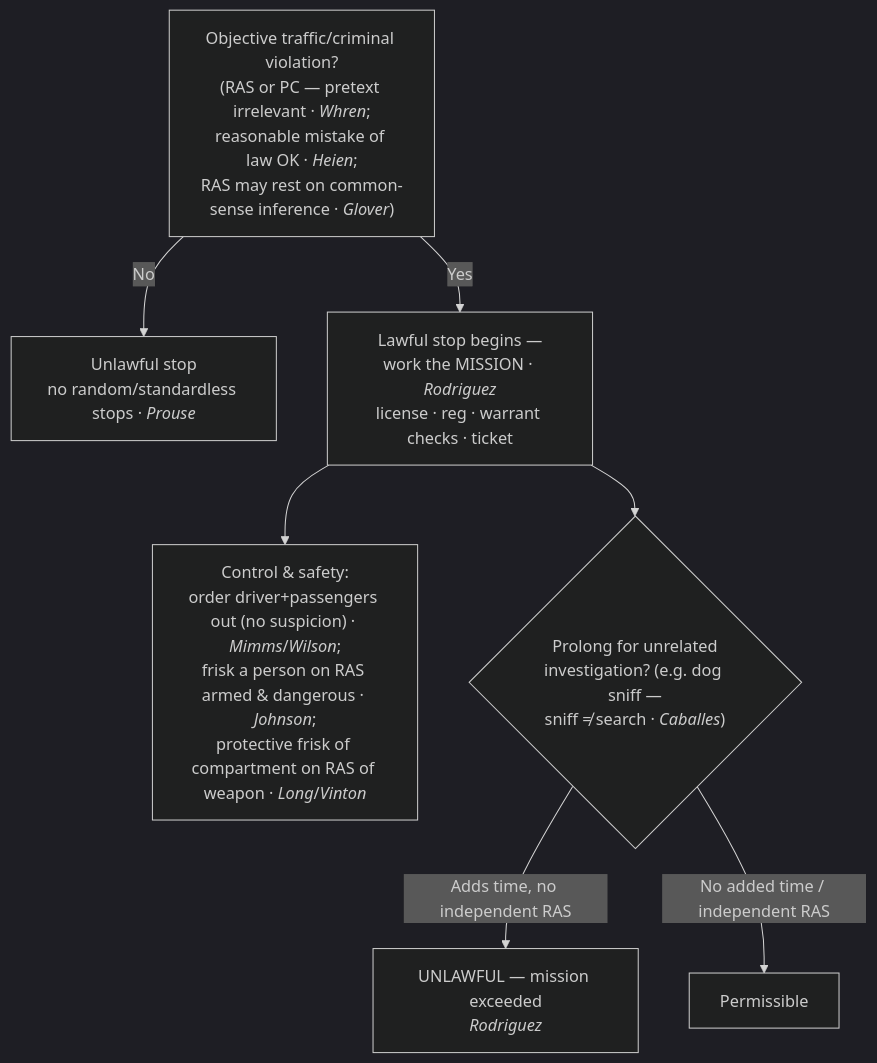
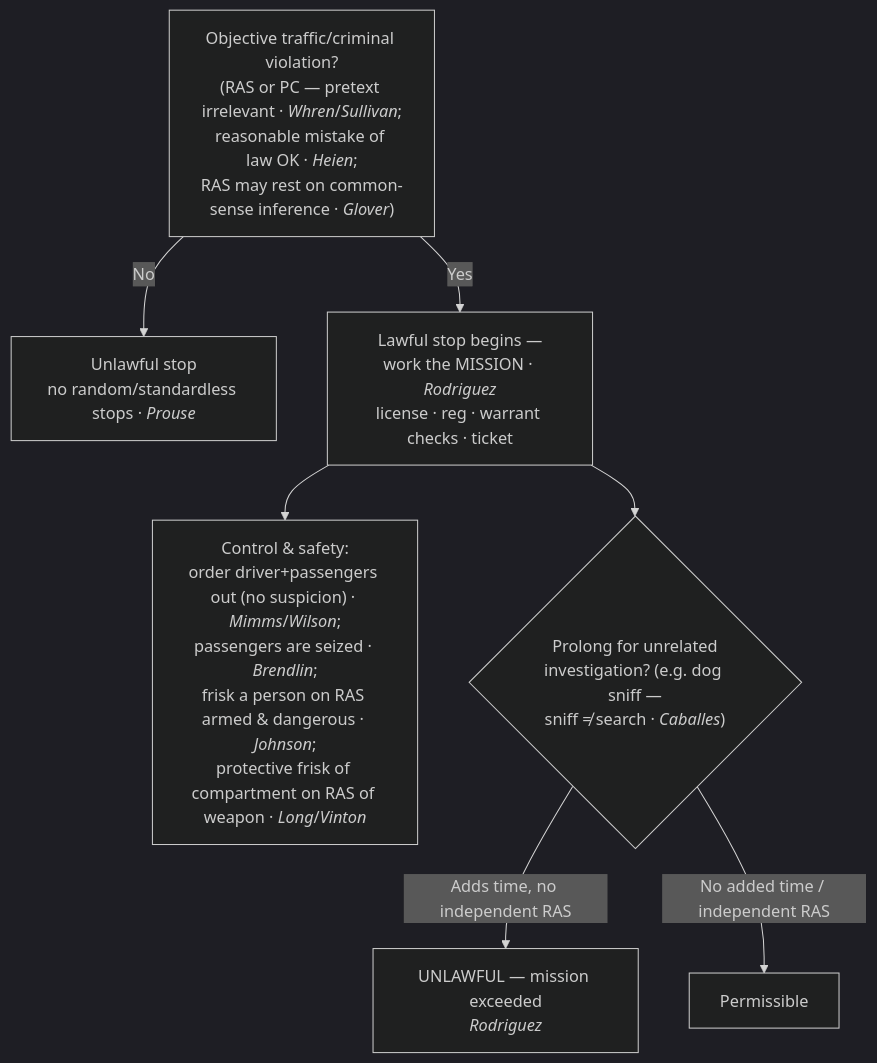
One commit to Enragedsaturday/cssi changed the diagram in content/4-what-is-a-seizure/Traffic Stops.md. Above: the diagram before and after it, drawn with Mermaid (dark theme). The commit also changed other lines of this file and 5 other files, not shown here.

````diff
--- a/content/4-what-is-a-seizure/Traffic Stops.md
+++ b/content/4-what-is-a-seizure/Traffic Stops.md
@@ -107,9 +100,9 @@
 ```mermaid
 flowchart TD
-  A["Objective traffic/criminal violation?<br/>(RAS or PC — pretext irrelevant · <i>Whren</i>;<br/>reasonable mistake of law OK · <i>Heien</i>;<br/>RAS may rest on common-sense inference · <i>Glover</i>)"] -->|No| X["Unlawful stop<br/>no random/standardless stops · <i>Prouse</i>"]
+  A["Objective traffic/criminal violation?<br/>(RAS or PC — pretext irrelevant · <i>Whren</i>/<i>Sullivan</i>;<br/>reasonable mistake of law OK · <i>Heien</i>;<br/>RAS may rest on common-sense inference · <i>Glover</i>)"] -->|No| X["Unlawful stop<br/>no random/standardless stops · <i>Prouse</i>"]
   A -->|Yes| M["Lawful stop begins —<br/>work the MISSION · <i>Rodriguez</i><br/>license · reg · warrant checks · ticket"]
-  M --> C["Control & safety:<br/>order driver+passengers out (no suspicion) · <i>Mimms</i>/<i>Wilson</i>;<br/>frisk a person on RAS armed &amp; dangerous · <i>Johnson</i>;<br/>protective frisk of compartment on RAS of weapon · <i>Long</i>/<i>Vinton</i>"]
+  M --> C["Control & safety:<br/>order driver+passengers out (no suspicion) · <i>Mimms</i>/<i>Wilson</i>;<br/>passengers are seized · <i>Brendlin</i>;<br/>frisk a person on RAS armed &amp; dangerous · <i>Johnson</i>;<br/>protective frisk of compartment on RAS of weapon · <i>Long</i>/<i>Vinton</i>"]
   M --> P{"Prolong for unrelated<br/>investigation? (e.g. dog sniff —<br/>sniff ≠ search · <i>Caballes</i>)"}
   P -->|"Adds time, no independent RAS"| U["UNLAWFUL — mission exceeded<br/><i>Rodriguez</i>"]
   P -->|"No added time / independent RAS"| OK["Permissible"]
 ```
````
